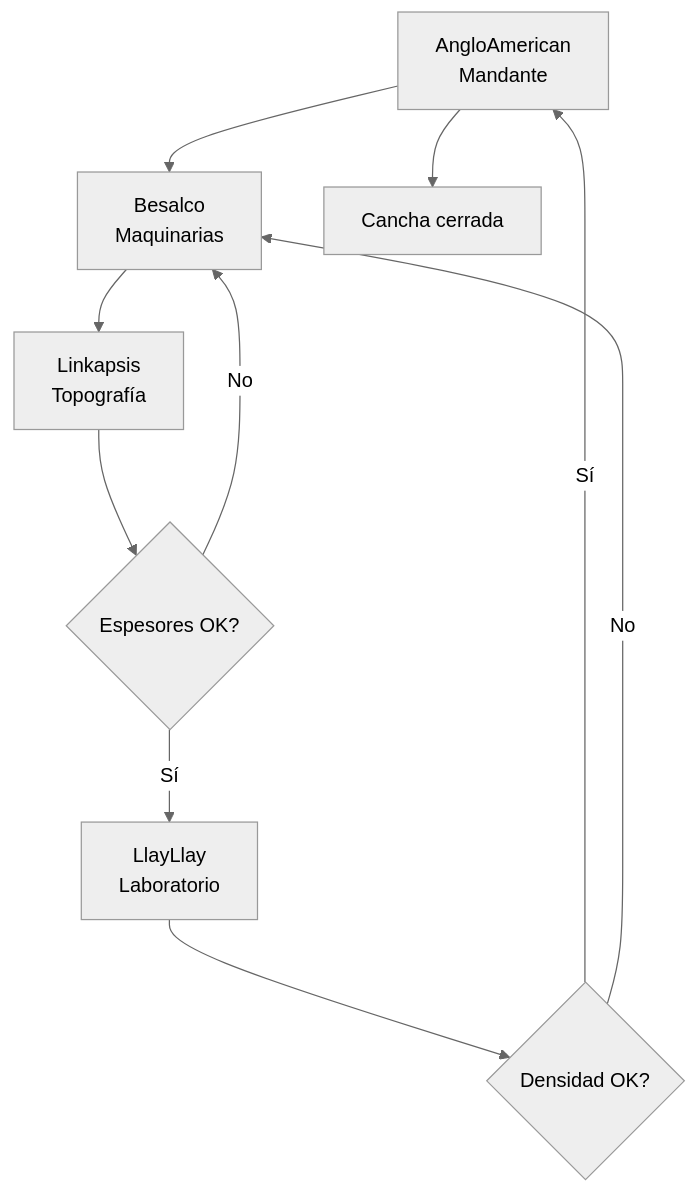
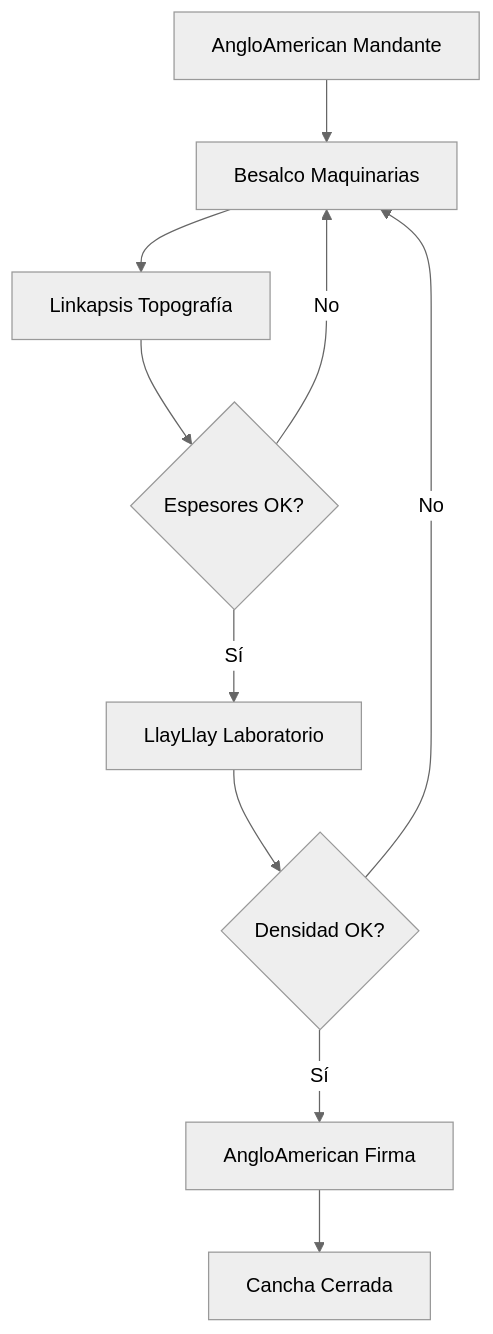
One commit to titoruizh/sincronia-canchas-LT changed the first of 2 diagrams in README.md. Above: the diagram before and after it, drawn with Mermaid (neutral theme).

Commit message:
Fix flowchart labels in README.md
Updated flowchart in README to reflect correct labels.

````diff
--- a/README.md
+++ b/README.md
@@ -11,12 +11,12 @@
 ```mermaid
 flowchart TD
-    AA[AngloAmerican\nMandante] --> BES[Besalco\nMaquinarias]
-    BES --> LIN[Linkapsis\nTopografía]
+    AA1[AngloAmerican Mandante] --> BES[Besalco Maquinarias]
+    BES --> LIN[Linkapsis Topografía]
     LIN --> LINCheck{Espesores OK?}
-    LINCheck -- Sí --> LLA[LlayLlay\nLaboratorio]
+    LINCheck -- Sí --> LLA[LlayLlay Laboratorio]
     LINCheck -- No --> BES
     LLA --> LLAValida{Densidad OK?}
-    LLAValida -- Sí --> AA
+    LLAValida -- Sí --> AA2[AngloAmerican Firma]
     LLAValida -- No --> BES
-    AA --> END[Cancha cerrada]
+    AA2 --> CC[Cancha Cerrada]
 ```
````
